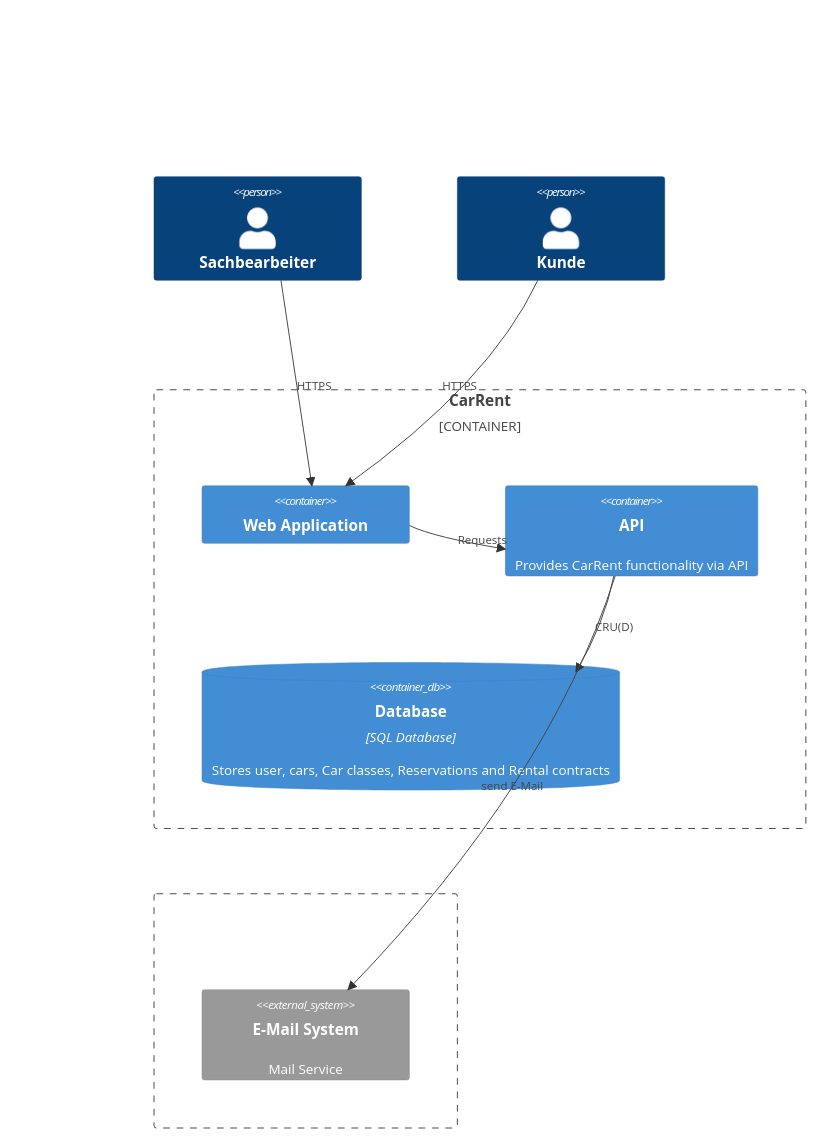
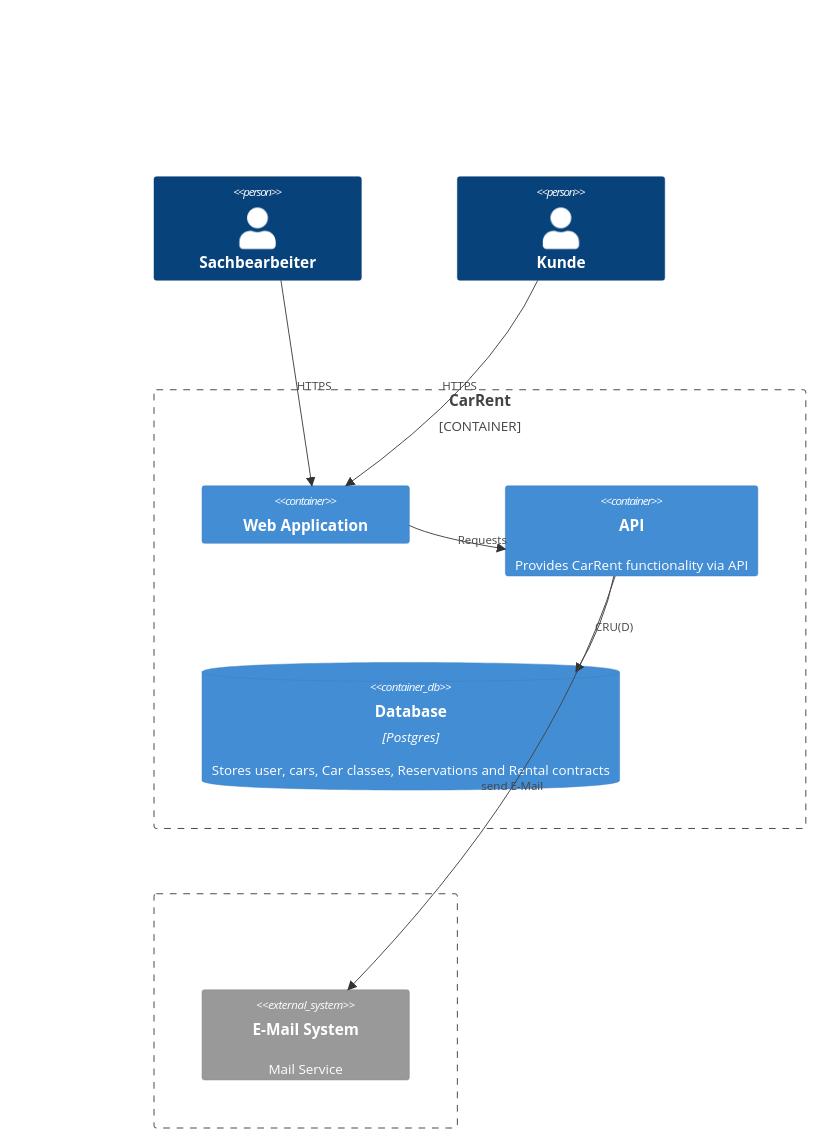
Before and after one commit to tsolenthaler/zbw-sad-carrent2124: the second of 2 diagrams in README.md, drawn with Mermaid.

````diff
--- a/README.md
+++ b/README.md
@@ -27,23 +27,23 @@
 ```mermaid
 C4Container
     Person(Sachbearbeiter, "Sachbearbeiter")
     Person(Kunde, "Kunde")
 
     Container_Boundary(CarRent, "CarRent", "") {
         Container(webapp, "Web Application", "", "")
         Container(api, "API", "", "Provides CarRent functionality via API")
-        ContainerDb(database, "Database", "SQL Database", "Stores user, cars, Car classes, Reservations and Rental contracts")
+        ContainerDb(database, "Database", "Postgres", "Stores user, cars, Car classes, Reservations and Rental contracts")
     }
 
     Boundary(b2, "", "") {
         System_Ext(MailSystem, "E-Mail System", "Mail Service")
     }
 
     Rel(Sachbearbeiter, webapp, "HTTPS")
     Rel(Kunde, webapp, "HTTPS")
     Rel(webapp, api, "Requests")
     Rel(api, database, "CRU(D)")
     Rel(api, MailSystem, "send E-Mail")
 
     UpdateLayoutConfig($c4ShapeInRow="2", $c4BoundaryInRow="1")
 ```
````
